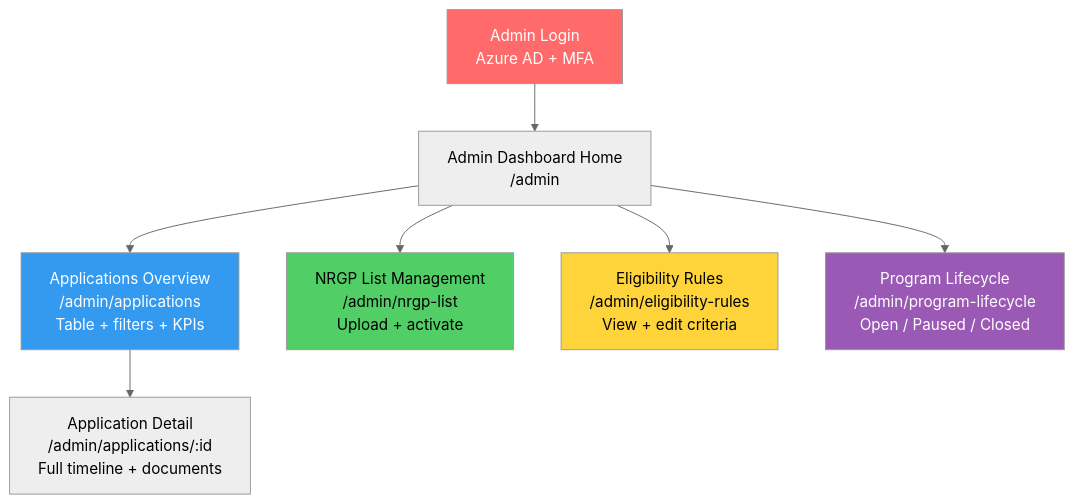
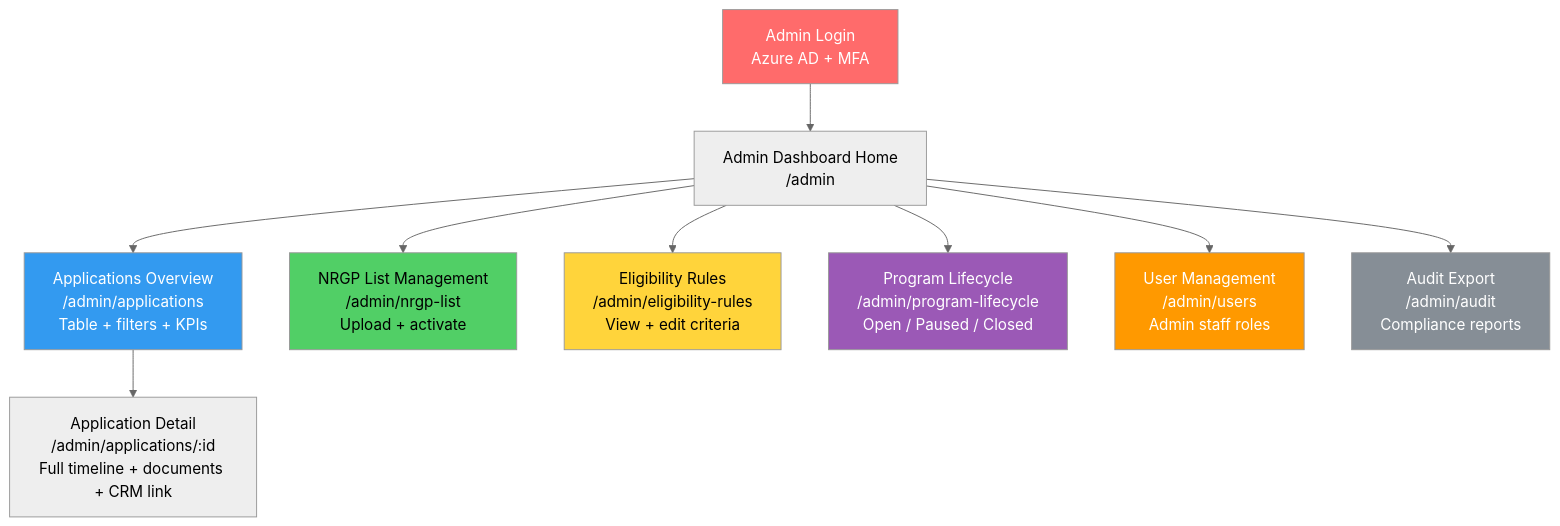
The second of 10 diagrams in products/qdb-sme-relief/docs/ADMIN-GUIDE.md (Tamoura/Claude-Code-creates-the-SW-company), drawn with Mermaid (neutral theme) before and after one commit. The commit also changed other lines of this file and 4 other files, not shown here.

First line of the commit message:
fix(qdb-sme-relief): fix literal \n in Mermaid diagrams across all new docs

````diff
--- a/products/qdb-sme-relief/docs/ADMIN-GUIDE.md
+++ b/products/qdb-sme-relief/docs/ADMIN-GUIDE.md
@@ -63,17 +111,21 @@
 ```mermaid
 graph TD
-    LOGIN["Admin Login\nAzure AD + MFA"] --> DASH["Admin Dashboard Home\n/admin"]
+    LOGIN["Admin Login<br/>Azure AD + MFA"] --> DASH["Admin Dashboard Home<br/>/admin"]
 
-    DASH --> APPS["Applications Overview\n/admin/applications\nTable + filters + KPIs"]
-    DASH --> NRGP_MGT["NRGP List Management\n/admin/nrgp-list\nUpload + activate"]
-    DASH --> ELIG_RULES["Eligibility Rules\n/admin/eligibility-rules\nView + edit criteria"]
-    DASH --> LIFECYCLE["Program Lifecycle\n/admin/program-lifecycle\nOpen / Paused / Closed"]
+    DASH --> APPS["Applications Overview<br/>/admin/applications<br/>Table + filters + KPIs"]
+    DASH --> NRGP_MGT["NRGP List Management<br/>/admin/nrgp-list<br/>Upload + activate"]
+    DASH --> ELIG_RULES["Eligibility Rules<br/>/admin/eligibility-rules<br/>View + edit criteria"]
+    DASH --> LIFECYCLE["Program Lifecycle<br/>/admin/program-lifecycle<br/>Open / Paused / Closed"]
+    DASH --> USER_MGT["User Management<br/>/admin/users<br/>Admin staff roles"]
+    DASH --> AUDIT_EXP["Audit Export<br/>/admin/audit<br/>Compliance reports"]
 
-    APPS --> APP_DETAIL["Application Detail\n/admin/applications/:id\nFull timeline + documents"]
+    APPS --> APP_DETAIL["Application Detail<br/>/admin/applications/:id<br/>Full timeline + documents + CRM link"]
 
     style LOGIN fill:#ff6b6b,color:#fff
     style APPS fill:#339af0,color:#fff
     style NRGP_MGT fill:#51cf66,color:#000
     style ELIG_RULES fill:#ffd43b,color:#000
     style LIFECYCLE fill:#9b59b6,color:#fff
+    style USER_MGT fill:#ff9900,color:#fff
+    style AUDIT_EXP fill:#868e96,color:#fff
 ```
````
